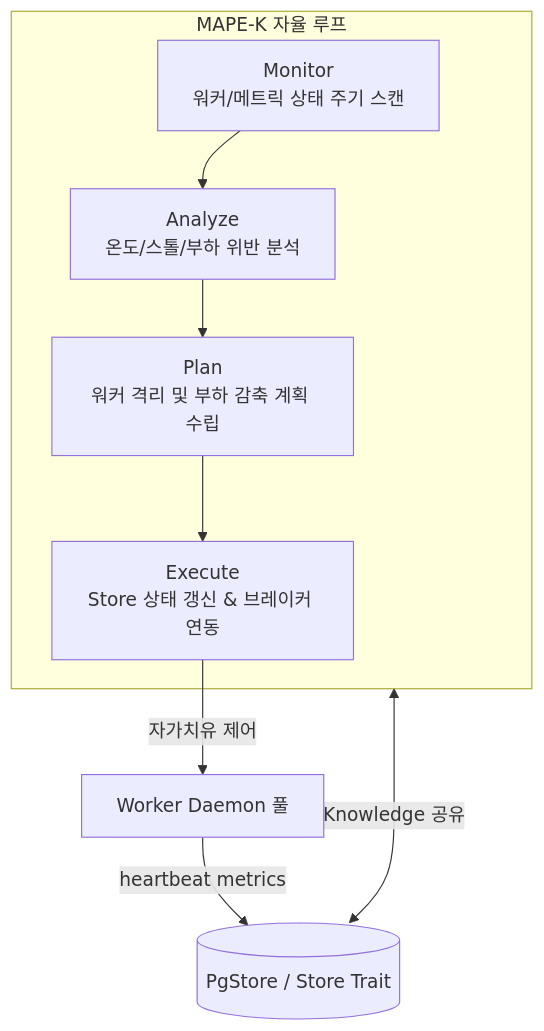
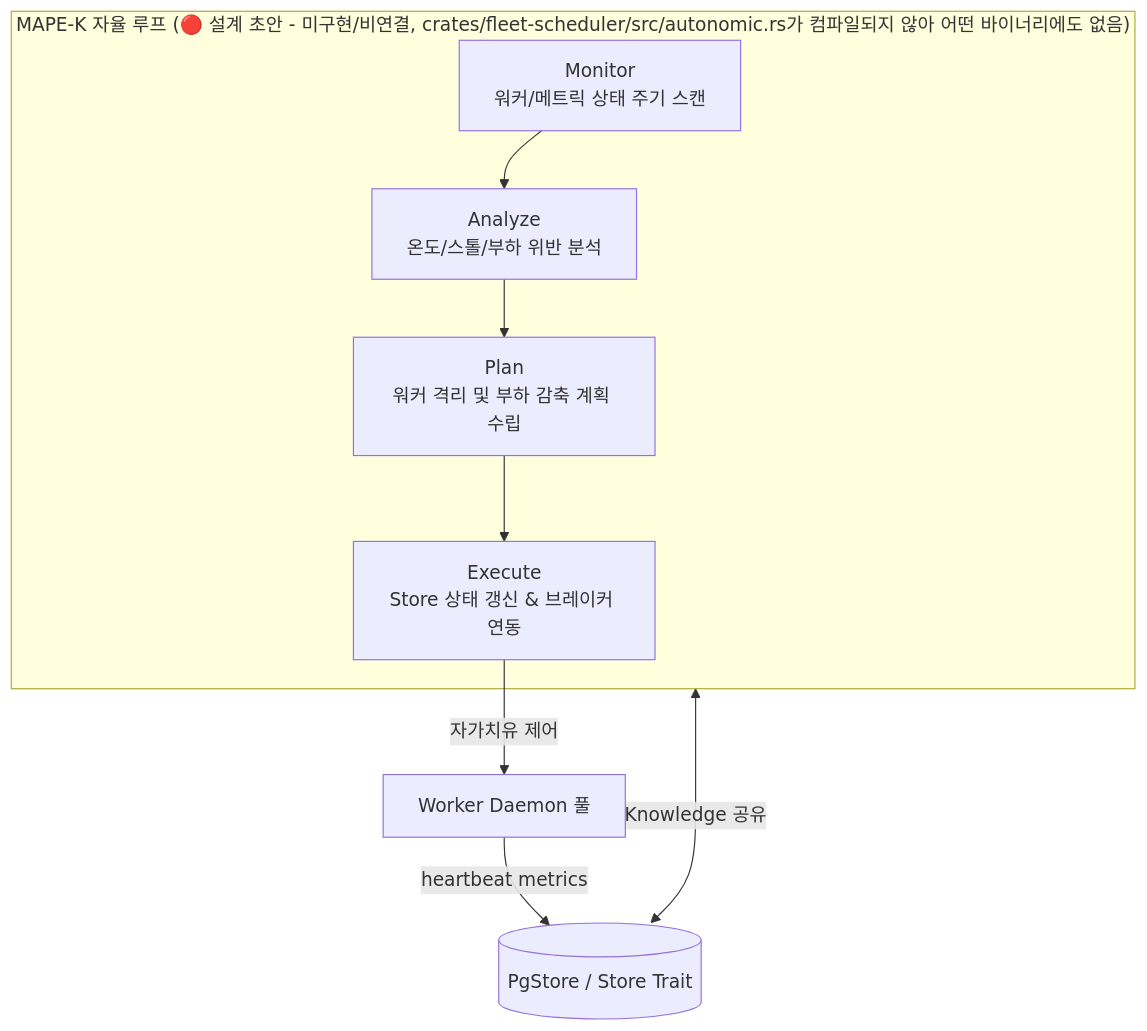
Before and after one commit to yarang/grok-fleet-orchestrator: the diagram in docs/assets/diagrams/architecture/mape-k-control-loop.mmd, drawn with Mermaid. The commit also changed 8 other files, not shown here.

First line of the commit message:
docs(architecture): fact-check overview.md against code, fix 9 diagrams

```diff
--- a/docs/assets/diagrams/architecture/mape-k-control-loop.mmd
+++ b/docs/assets/diagrams/architecture/mape-k-control-loop.mmd
@@ -1,10 +1,10 @@
 graph TD
-    subgraph MAPE [MAPE-K 자율 루프]
+    subgraph MAPE ["MAPE-K 자율 루프 (🔴 설계 초안 - 미구현/비연결, crates/fleet-scheduler/src/autonomic.rs가 컴파일되지 않아 어떤 바이너리에도 없음)"]
         Monitor[Monitor<br/>워커/메트릭 상태 주기 스캔] --> Analyze[Analyze<br/>온도/스톨/부하 위반 분석]
         Analyze --> Plan[Plan<br/>워커 격리 및 부하 감축 계획 수립]
         Plan --> Execute[Execute<br/>Store 상태 갱신 & 브레이커 연동]
     end
 
     Store[(PgStore / Store Trait)] <-->|Knowledge 공유| MAPE
     Workers[Worker Daemon 풀] -->|heartbeat metrics| Store
     Execute -->|자가치유 제어| Workers
```
